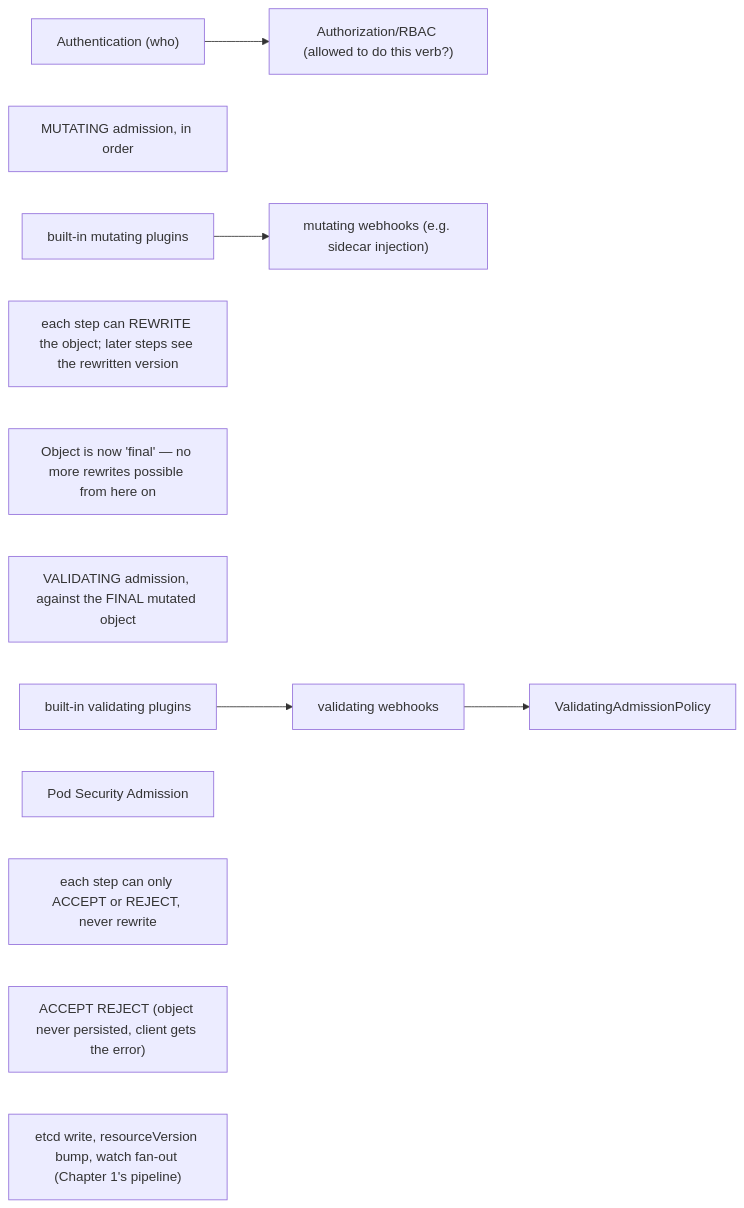
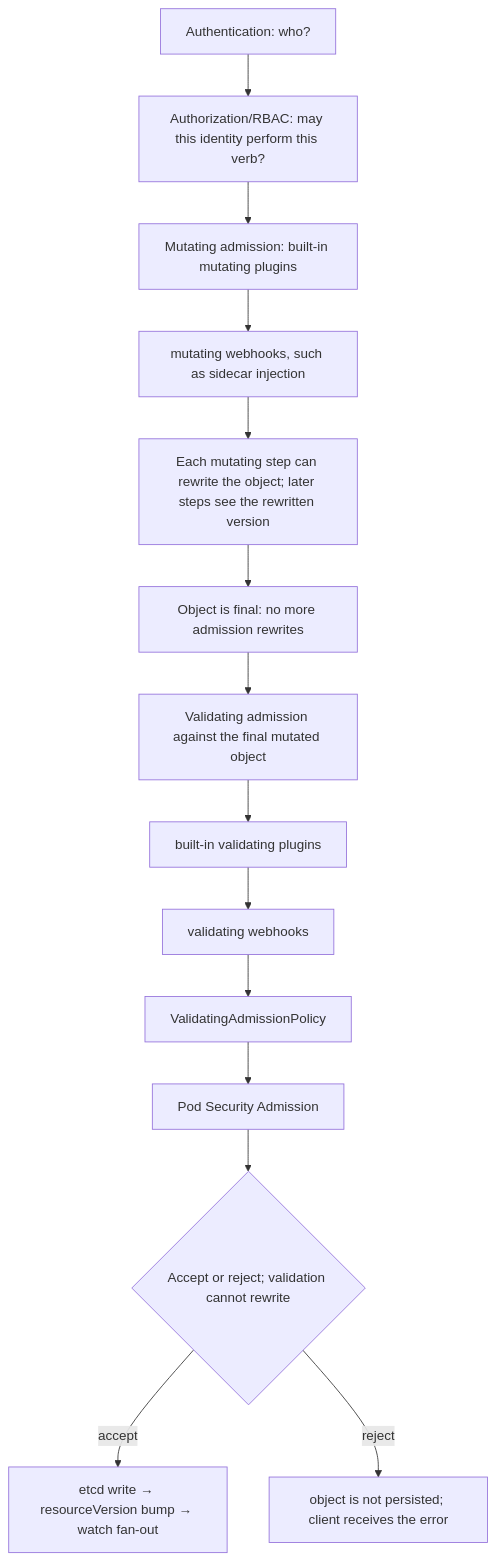
One commit to jithinpnjm/nvidia-devops changed the diagram in docs/volume-03/15-senior-deep-dive-6-admission-policy-and-multi-tenant-guardrails.md. Above: the diagram before and after it, drawn with Mermaid. The commit also changed 99 other files, not shown here.

````diff
--- a/docs/volume-03/15-senior-deep-dive-6-admission-policy-and-multi-tenant-guardrails.md
+++ b/docs/volume-03/15-senior-deep-dive-6-admission-policy-and-multi-tenant-guardrails.md
@@ -30,23 +30,13 @@
 ```mermaid
-flowchart LR
-  %% Converted from the original ASCII diagram; source wording is preserved.
-  n0["Authentication (who)"]
-  n1["Authorization/RBAC (allowed to do this verb?)"]
-  n2["MUTATING admission, in order"]
-  n3["built-in mutating plugins"]
-  n4["mutating webhooks (e.g. sidecar injection)"]
-  n5["each step can REWRITE the object; later steps see the rewritten version"]
-  n6["Object is now 'final' — no more rewrites possible from here on"]
-  n7["VALIDATING admission, against the FINAL mutated object"]
-  n8["built-in validating plugins"]
-  n9["validating webhooks"]
-  n10["ValidatingAdmissionPolicy"]
-  n11["Pod Security Admission"]
-  n12["each step can only ACCEPT or REJECT, never rewrite"]
-  n13["ACCEPT REJECT (object never persisted, client gets the error)"]
-  n14["etcd write, resourceVersion bump, watch fan-out (Chapter 1's pipeline)"]
-  n0 --> n1
-  n3 --> n4
-  n8 --> n9
-  n9 --> n10
+flowchart TD
+  Authn["Authentication: who?"] --> Authz["Authorization/RBAC: may this identity perform this verb?"]
+  Authz --> M1["Mutating admission: built-in mutating plugins"] --> M2["mutating webhooks, such as sidecar injection"]
+  M2 --> Rewrite["Each mutating step can rewrite the object; later steps see the rewritten version"]
+  Rewrite --> Final["Object is final: no more admission rewrites"]
+  Final --> V1["Validating admission against the final mutated object"]
+  V1 --> V2["built-in validating plugins"] --> V3["validating webhooks"]
+  V3 --> V4["ValidatingAdmissionPolicy"] --> V5["Pod Security Admission"]
+  V5 --> Decision{"Accept or reject; validation cannot rewrite"}
+  Decision -->|"accept"| Etcd["etcd write → resourceVersion bump → watch fan-out"]
+  Decision -->|"reject"| Error["object is not persisted; client receives the error"]
 ```
````
